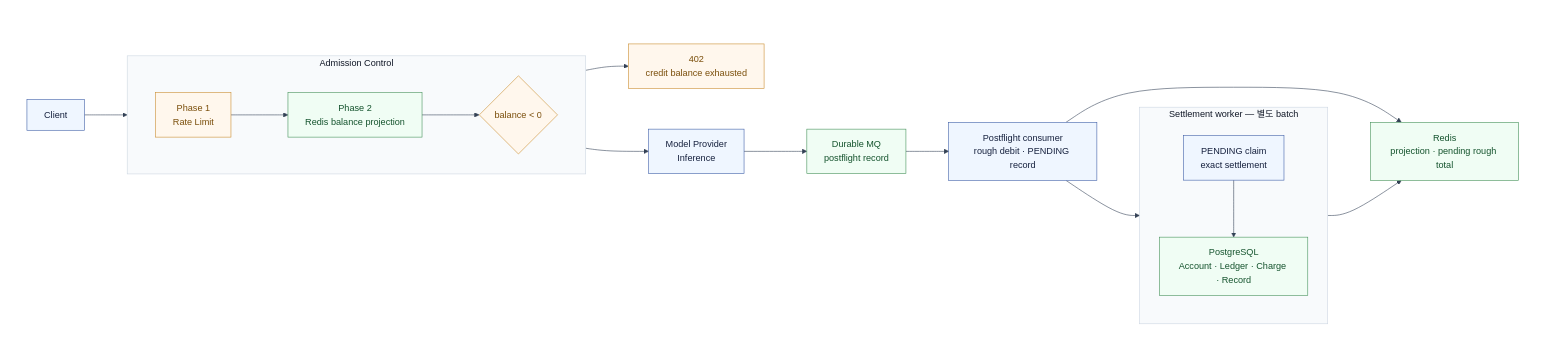
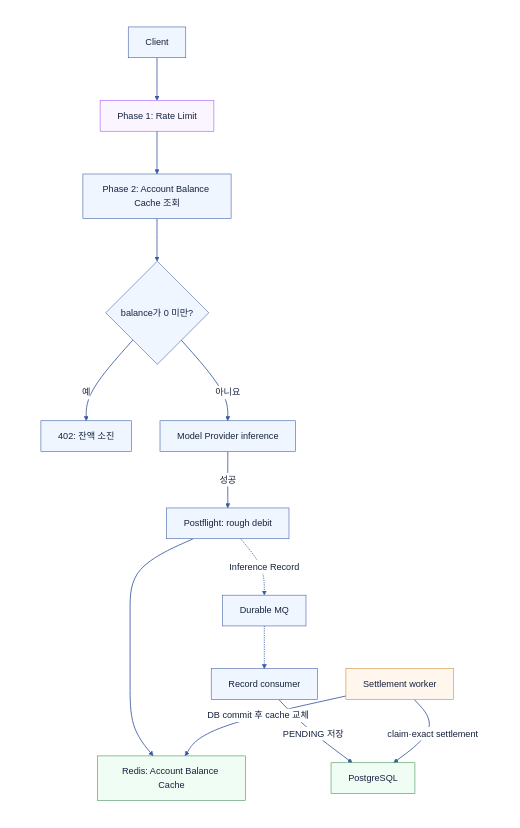
One commit to Hyune-s-lab/my-ai-study changed the first of 2 diagrams in system-design/2608-admission-control/2608-p2-balance-control.md. Above: the diagram before and after it, drawn with Mermaid. The commit also changed other lines of this file and 28 other files, not shown here.

Commit message:
docs: Mermaid 호환성과 문서 가독성 개선

````diff
--- a/system-design/2608-admission-control/2608-p2-balance-control.md
+++ b/system-design/2608-admission-control/2608-p2-balance-control.md
@@ -30,55 +30,29 @@
 ```mermaid
----
-config:
-  theme: base
-  darkMode: false
-  themeVariables:
-    background: "#ffffff"
-    primaryColor: "#ffffff"
-    primaryTextColor: "#111827"
-    primaryBorderColor: "#475569"
-    lineColor: "#334155"
-    edgeLabelBackground: "#ffffff"
----
-flowchart LR
+flowchart TD
+%%{init: {"theme": "base", "darkMode": false, "themeVariables": {"background": "#ffffff", "primaryColor": "#EFF6FF", "primaryTextColor": "#16213E", "primaryBorderColor": "#3B5BA5", "secondaryColor": "#F0FDF4", "tertiaryColor": "#FAF5FF", "lineColor": "#3B5BA5", "textColor": "#16213E", "edgeLabelBackground": "#ffffff", "clusterBkg": "#F8FAFC", "clusterBorder": "#CBD5E1"}}}%%
   subgraph canvas[" "]
-    direction LR
-    client["Client"]:::app
-
-    subgraph admission["Admission Control"]
-      direction LR
-      rate["Phase 1\nRate Limit"]:::ctrl
-      balance["Phase 2\nRedis balance projection"]:::db
-      decision{"balance < 0"}:::ctrl
-      rate --> balance --> decision
-    end
-
-    provider["Model Provider\nInference"]:::app
-    postflight["Durable MQ\npostflight record"]:::db
-    ingest["Postflight consumer\nrough debit · PENDING record"]:::app
-
-    subgraph settlement["Settlement worker — 별도 batch"]
-      direction TB
-      worker["PENDING claim\nexact settlement"]:::app
-      postgres["PostgreSQL\nAccount · Ledger · Charge · Record"]:::db
-      worker --> postgres
-    end
-
-    redis["Redis\nprojection · pending rough total"]:::db
-    denied["402\ncredit balance exhausted"]:::ctrl
-
-    client --> rate
-    decision --> denied
-    decision --> provider
-    provider --> postflight --> ingest --> postgres
-    ingest --> redis
-    postgres --> redis
+    direction TD
+    client["Client"] --> rate["Phase 1: Rate Limit"]
+    rate --> balance["Phase 2: Account Balance Cache 조회"]
+    balance --> decision{"balance가 0 미만?"}
+    decision -->|"예"| denied["402: 잔액 소진"]
+    decision -->|"아니요"| provider["Model Provider inference"]
+    provider -->|"성공"| rough["Postflight: rough debit"]
+    rough --> redis["Redis: Account Balance Cache"]
+    rough -.->|"Inference Record"| mq["Durable MQ"]
+    mq -.-> ingest["Record consumer"]
+    ingest -->|"PENDING 저장"| db["PostgreSQL"]
+    worker["Settlement worker"] -->|"claim·exact settlement"| db
+    worker -->|"DB commit 후 cache 교체"| redis
   end
-
+  style canvas fill:#ffffff,stroke:#ffffff,color:#111827
+  linkStyle default stroke:#3B5BA5,stroke-width:1.5px
   classDef app fill:#EFF6FF,stroke:#3B5BA5,stroke-width:1px,color:#16213E
-  classDef db fill:#F0FDF4,stroke:#3F8E55,stroke-width:1px,color:#14532D
-  classDef ctrl fill:#FFF7ED,stroke:#C98A2B,stroke-width:1px,color:#7A4E0A
-  style canvas fill:#ffffff,stroke:#ffffff,stroke-width:0px,color:#111827
-  style admission fill:#F8FAFC,stroke:#CBD5E1,stroke-width:1px,color:#111827
-  style settlement fill:#F8FAFC,stroke:#CBD5E1,stroke-width:1px,color:#111827
+  class client,balance,decision,denied,provider,rough,mq,ingest app
+  classDef db fill:#F0FDF4,stroke:#3F8E55,stroke-width:1px,color:#16213E
+  class redis,db db
+  classDef policy fill:#FAF5FF,stroke:#A855F7,stroke-width:1px,color:#16213E
+  class rate policy
+  classDef worker fill:#FFF7ED,stroke:#C98A2B,stroke-width:1px,color:#16213E
+  class worker worker
 ```
````
